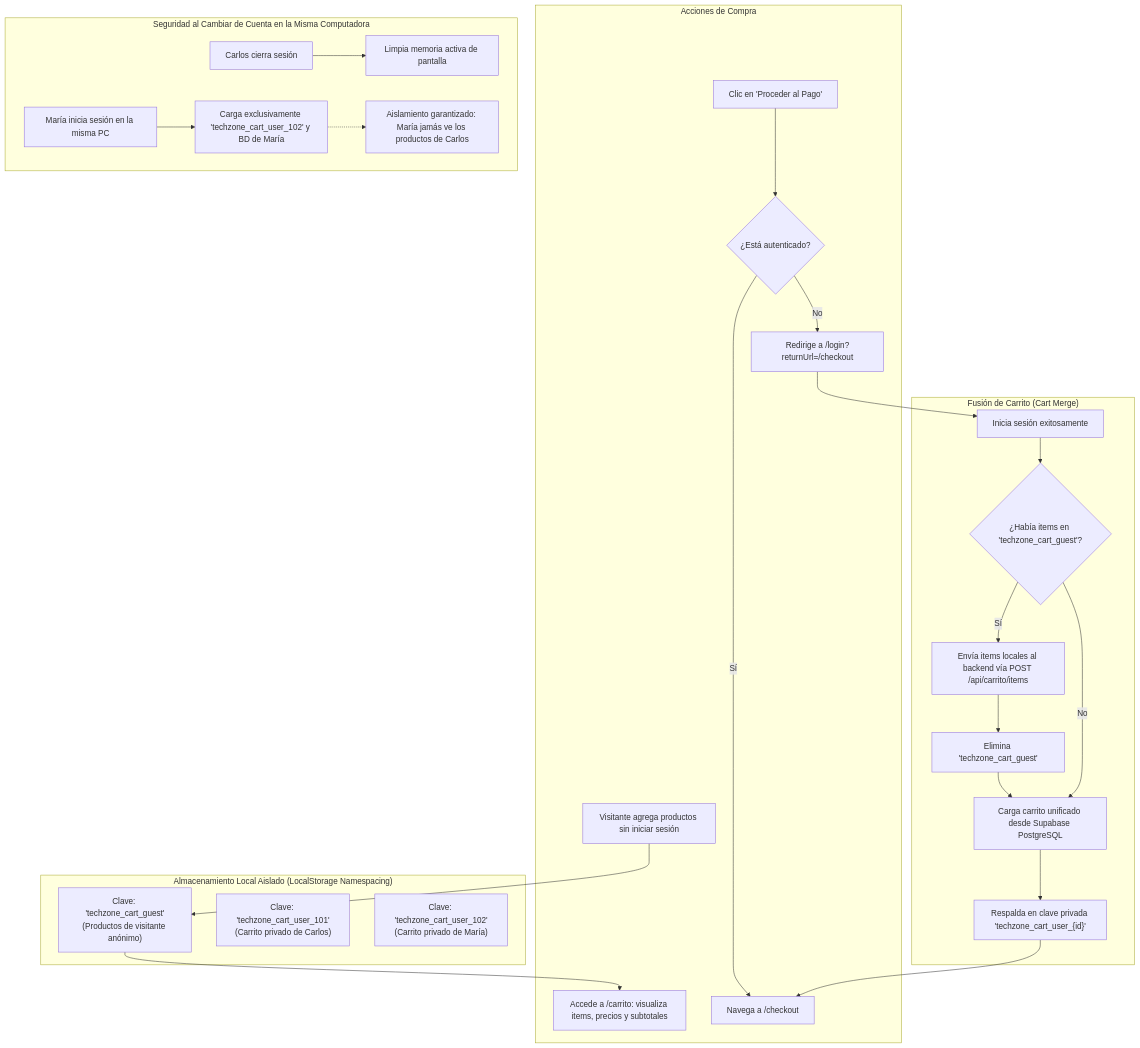
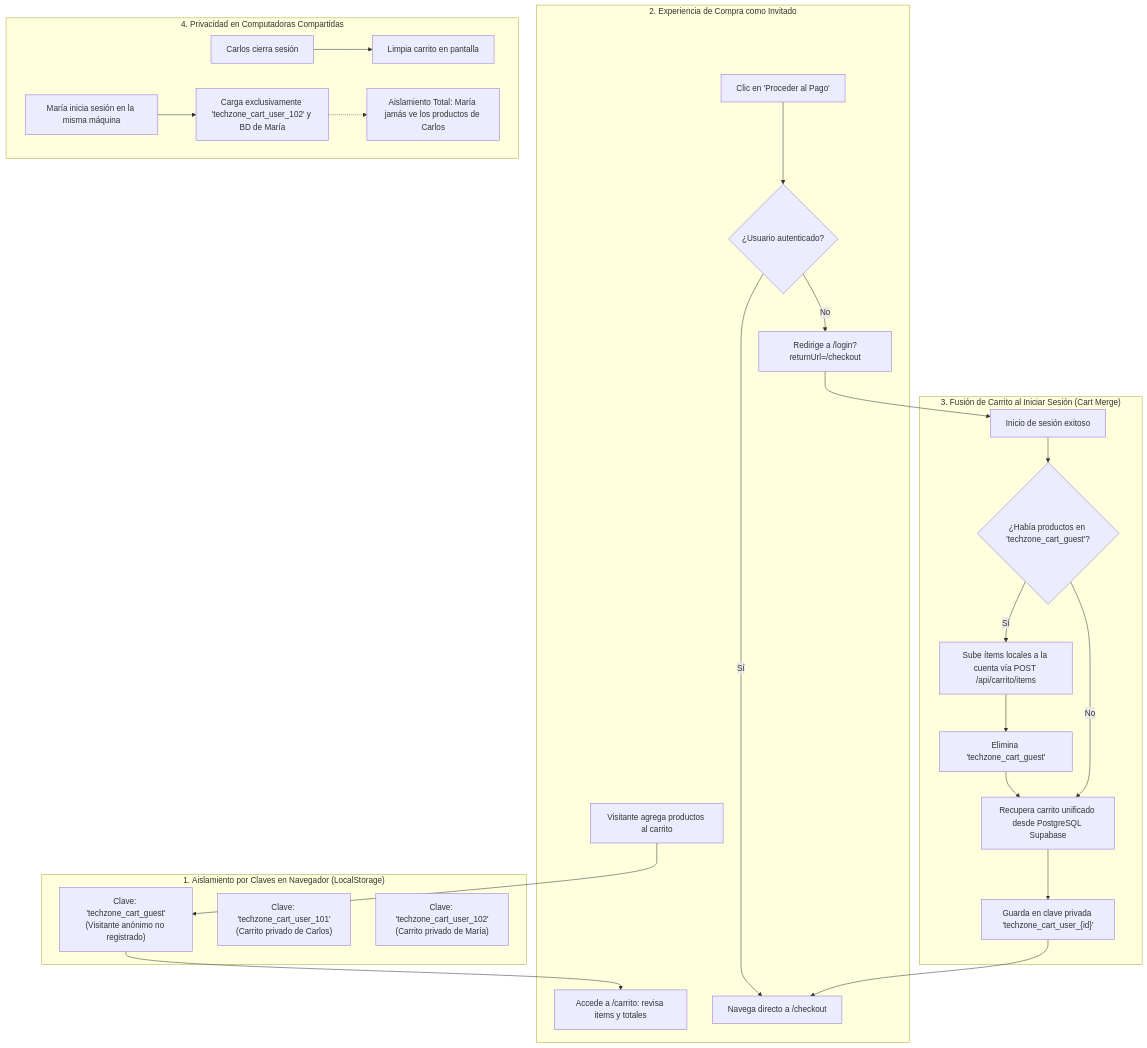
One commit to MrCarlos17A/TechZone changed the eighth of 9 diagrams in README.md. Above: the diagram before and after it, drawn with Mermaid. The commit also changed other lines of this file, not shown here.

Commit message:
docs: correción de los diagramas del README

````diff
--- a/README.md
+++ b/README.md
@@ -338,39 +388,38 @@
 ```mermaid
 flowchart TD
-    subgraph CLIENT_STORAGE["Almacenamiento Local Aislado (LocalStorage Namespacing)"]
-        KEY_GUEST["Clave: 'techzone_cart_guest'<br/>(Productos de visitante anónimo)"]
-        KEY_USER_A["Clave: 'techzone_cart_user_101'<br/>(Carrito privado de Carlos)"]
-        KEY_USER_B["Clave: 'techzone_cart_user_102'<br/>(Carrito privado de María)"]
+    subgraph NAMESPACING["1. Aislamiento por Claves en Navegador (LocalStorage)"]
+        GUEST_KEY["Clave: 'techzone_cart_guest'<br/>(Visitante anónimo no registrado)"]
+        USER_A_KEY["Clave: 'techzone_cart_user_101'<br/>(Carrito privado de Carlos)"]
+        USER_B_KEY["Clave: 'techzone_cart_user_102'<br/>(Carrito privado de María)"]
     end
 
-    subgraph ACTIONS["Acciones de Compra"]
-        ADD_ANON["Visitante agrega productos sin iniciar sesión"]
-        ADD_ANON --> KEY_GUEST
-        VIEW_CART["Accede a /carrito: visualiza items, precios y subtotales"]
-        KEY_GUEST --> VIEW_CART
+    subgraph GUEST_NAV["2. Experiencia de Compra como Invitado"]
+        ADD_PROD["Visitante agrega productos al carrito"] --> GUEST_KEY
+        VIEW_CART["Accede a /carrito: revisa items y totales"]
+        GUEST_KEY --> VIEW_CART
         
-        CLICK_PAY["Clic en 'Proceder al Pago'"]
-        CLICK_PAY --> CHECK_AUTH{"¿Está autenticado?"}
-        CHECK_AUTH -- No --> GO_LOGIN["Redirige a /login?returnUrl=/checkout"]
-        CHECK_AUTH -- Sí --> GO_CHECKOUT["Navega a /checkout"]
+        GO_PAY["Clic en 'Proceder al Pago'"]
+        GO_PAY --> IS_AUTH{"¿Usuario autenticado?"}
+        IS_AUTH -- No --> REDIR_LOGIN["Redirige a /login?returnUrl=/checkout"]
+        IS_AUTH -- Sí --> GOTO_PAY["Navega directo a /checkout"]
     end
 
-    subgraph LOGIN_MERGE["Fusión de Carrito (Cart Merge)"]
-        GO_LOGIN --> SUBMIT_LOGIN["Inicia sesión exitosamente"]
-        SUBMIT_LOGIN --> DETECT_GUEST{"¿Había items en 'techzone_cart_guest'?"}
+    subgraph MERGE_FLOW["3. Fusión de Carrito al Iniciar Sesión (Cart Merge)"]
+        REDIR_LOGIN --> LOGIN_SUCCESS["Inicio de sesión exitoso"]
+        LOGIN_SUCCESS --> HAS_GUEST{"¿Había productos en 'techzone_cart_guest'?"}
         
-        DETECT_GUEST -- Sí --> UPLOAD_ITEMS["Envía items locales al backend vía POST /api/carrito/items"]
-        UPLOAD_ITEMS --> CLEAR_GUEST["Elimina 'techzone_cart_guest'"]
-        CLEAR_GUEST --> FETCH_BD["Carga carrito unificado desde Supabase PostgreSQL"]
-        DETECT_GUEST -- No --> FETCH_BD
+        HAS_GUEST -- Sí --> UPLOAD_GUEST["Sube ítems locales a la cuenta vía POST /api/carrito/items"]
+        UPLOAD_GUEST --> DEL_GUEST["Elimina 'techzone_cart_guest'"]
+        DEL_GUEST --> FETCH_DB["Recupera carrito unificado desde PostgreSQL Supabase"]
+        HAS_GUEST -- No --> FETCH_DB
         
-        FETCH_BD --> SAVE_USER["Respalda en clave privada 'techzone_cart_user_{id}'"]
-        SAVE_USER --> GO_CHECKOUT
+        FETCH_DB --> BACKUP_USER["Guarda en clave privada 'techzone_cart_user_{id}'"]
+        BACKUP_USER --> GOTO_PAY
     end
 
-    subgraph LOGOUT_SAFETY["Seguridad al Cambiar de Cuenta en la Misma Computadora"]
-        LOGOUT_EVT["Carlos cierra sesión"] --> CLEAR_MEM["Limpia memoria activa de pantalla"]
-        MARIA_LOGIN["María inicia sesión en la misma PC"] --> LOAD_MARIA["Carga exclusivamente 'techzone_cart_user_102' y BD de María"]
-        LOAD_MARIA -.-> ISOLATED["Aislamiento garantizado: María jamás ve los productos de Carlos"]
+    subgraph ISOLATION_FLOW["4. Privacidad en Computadoras Compartidas"]
+        CARLOS_LOGOUT["Carlos cierra sesión"] --> CLEAR_VIEW["Limpia carrito en pantalla"]
+        MARIA_LOGIN["María inicia sesión en la misma máquina"] --> LOAD_MARIA["Carga exclusivamente 'techzone_cart_user_102' y BD de María"]
+        LOAD_MARIA -.-> SHIELD["Aislamiento Total: María jamás ve los productos de Carlos"]
     end
 ```
````
